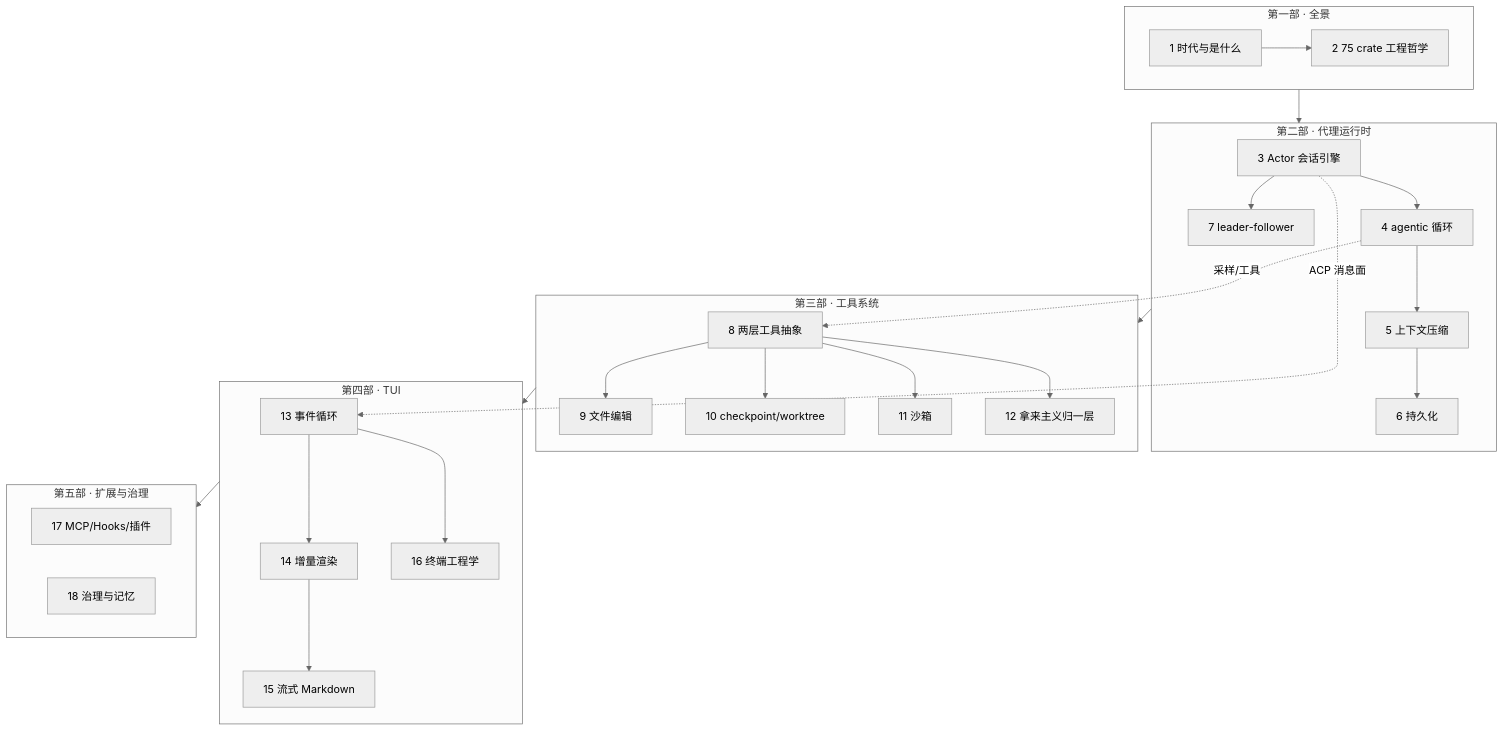
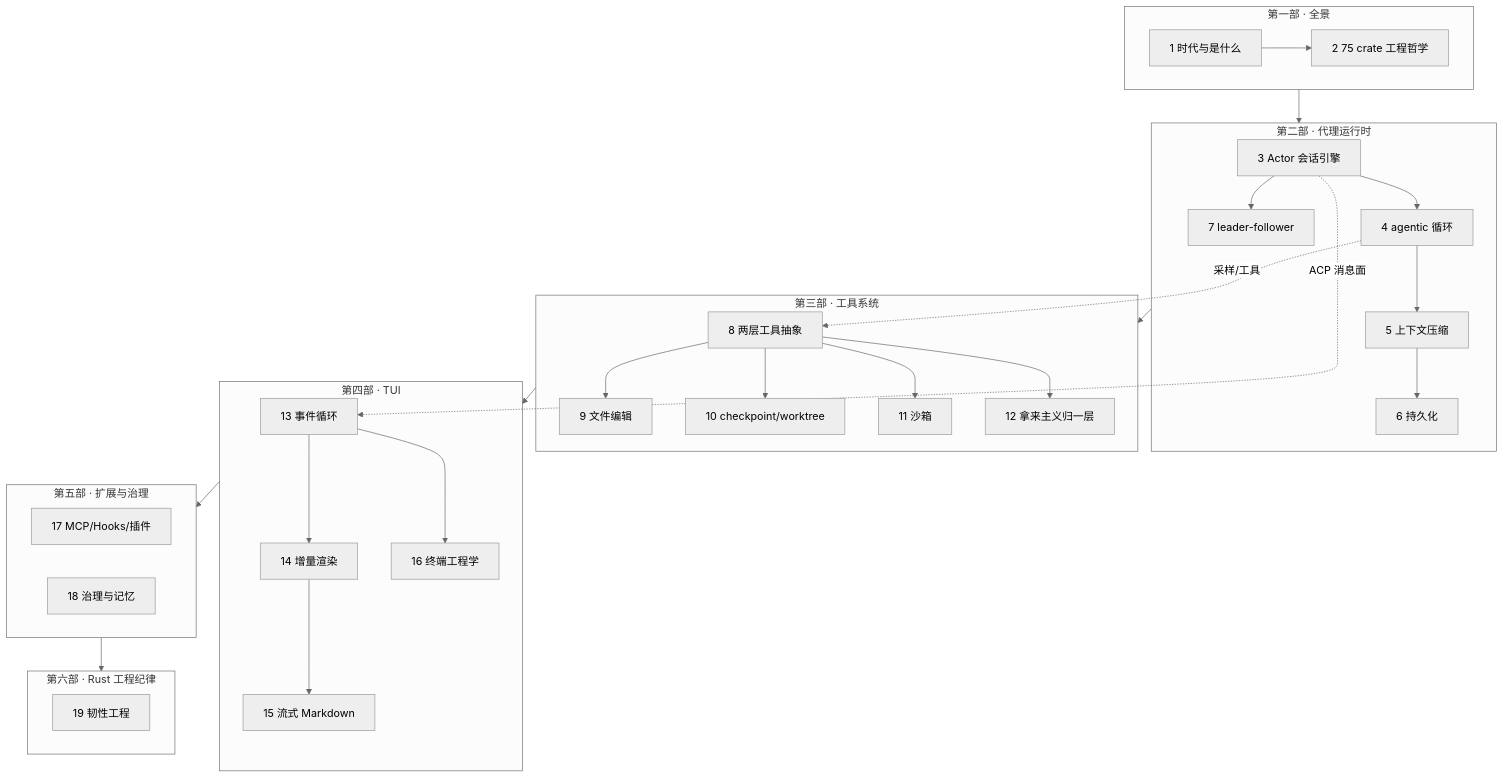
The diagram in book/manuscript/preface.md (ZhangHanDong/grok-build), drawn with Mermaid (neutral theme) before and after one commit. The commit also changed 5 other files, not shown here.

````diff
--- a/book/manuscript/preface.md
+++ b/book/manuscript/preface.md
@@ -52,29 +52,32 @@
 ```mermaid
 flowchart TD
     subgraph p1["第一部 · 全景"]
         c1["1 时代与是什么"] --> c2["2 75 crate 工程哲学"]
     end
     subgraph p2["第二部 · 代理运行时"]
         c3["3 Actor 会话引擎"] --> c4["4 agentic 循环"]
         c4 --> c5["5 上下文压缩"] --> c6["6 持久化"]
         c3 --> c7["7 leader-follower"]
     end
     subgraph p3["第三部 · 工具系统"]
         c8["8 两层工具抽象"] --> c9["9 文件编辑"]
         c8 --> c10["10 checkpoint/worktree"]
         c8 --> c11["11 沙箱"]
         c8 --> c12["12 拿来主义归一层"]
     end
     subgraph p4["第四部 · TUI"]
         c13["13 事件循环"] --> c14["14 增量渲染"]
         c14 --> c15["15 流式 Markdown"]
         c13 --> c16["16 终端工程学"]
     end
     subgraph p5["第五部 · 扩展与治理"]
         c17["17 MCP/Hooks/插件"]
         c18["18 治理与记忆"]
     end
-    p1 --> p2 --> p3 --> p4 --> p5
+    subgraph p6["第六部 · Rust 工程纪律"]
+        c19["19 韧性工程"]
+    end
+    p1 --> p2 --> p3 --> p4 --> p5 --> p6
     c4 -.采样/工具.-> c8
     c3 -.ACP 消息面.-> c13
 ```
````
